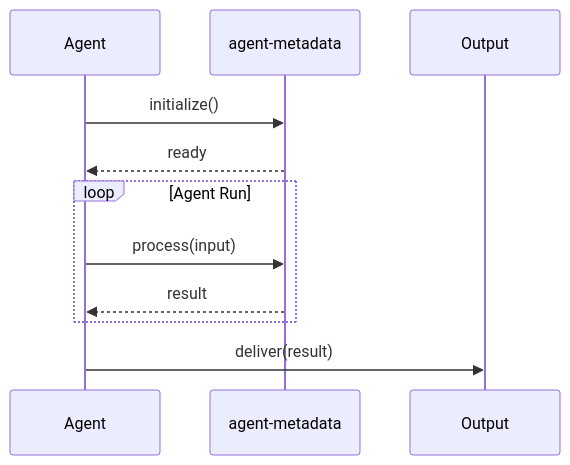
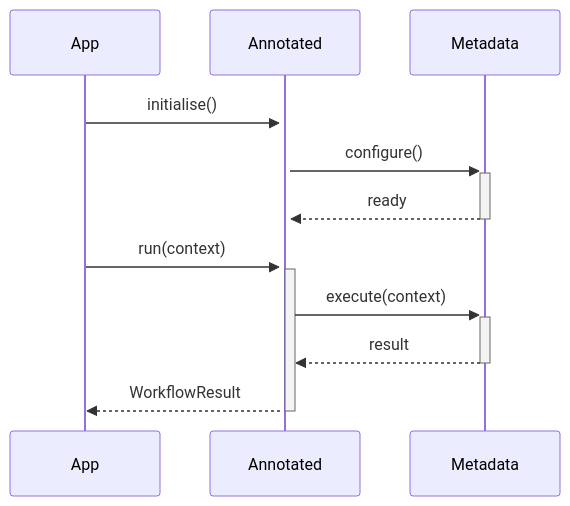
The second of 2 diagrams in README.md (darshjme/agent-metadata), drawn with Mermaid before and after one commit. The commit also changed other lines of this file and 1 other file, not shown here.

````diff
--- a/README.md
+++ b/README.md
@@ -72,16 +84,14 @@
 ```mermaid
 sequenceDiagram
-    participant Agent
-    participant AgentMetadata as agent-metadata
-    participant Output
+    participant App
+    participant Annotated
+    participant Metadata
 
-    Agent->>AgentMetadata: initialize()
-    AgentMetadata-->>Agent: ready
-
-    loop Agent Run
-        Agent->>AgentMetadata: process(input)
-        AgentMetadata-->>Agent: result
-    end
-
-    Agent->>Output: deliver(result)
+    App->>+Annotated: initialise()
+    Annotated->>+Metadata: configure()
+    Metadata-->>-Annotated: ready
+    App->>+Annotated: run(context)
+    Annotated->>+Metadata: execute(context)
+    Metadata-->>-Annotated: result
+    Annotated-->>-App: WorkflowResult
 ```
````
